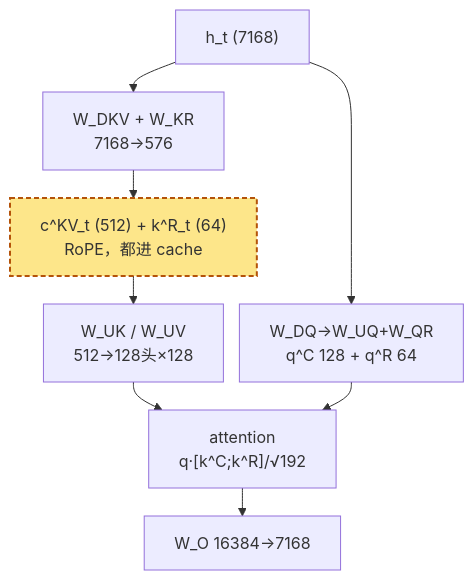
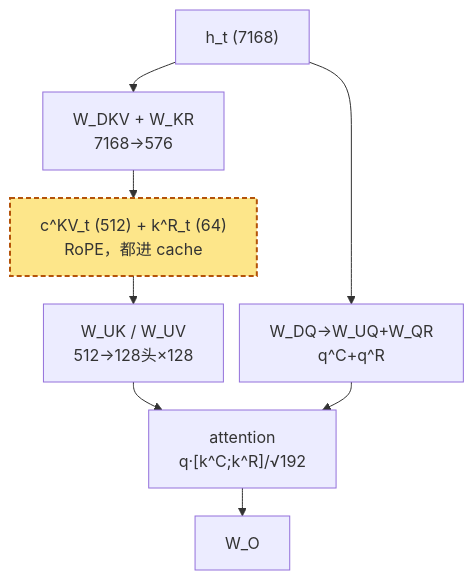
The first of 4 diagrams in slides/2026-04-09-modern-llm-architecture.md (arganzheng/arganzheng.github.com), drawn with Mermaid before and after one commit. The commit also changed other lines of this file, not shown here.

Commit message:
slides/modern-llm-architecture: cut/shorten mermaid diagrams below 14px rendered text (check-render smalltext/overlap)

````diff
--- a/slides/2026-04-09-modern-llm-architecture.md
+++ b/slides/2026-04-09-modern-llm-architecture.md
@@ -104,12 +104,12 @@
 ```mermaid
 %%{init: {"flowchart": {"wrappingWidth": 260, "rankSpacing": 28, "nodeSpacing": 16}}}%%
 flowchart TB
     H["h_t (7168)"] --> DKV["W_DKV + W_KR<br/>7168→576"]
     DKV --> CKV["c^KV_t (512) + k^R_t (64)<br/>RoPE，都进 cache"]
     CKV --> UKV["W_UK / W_UV<br/>512→128头×128"]
     UKV --> ATT["attention<br/>q·[k^C;k^R]/√192"]
-    H --> Q["W_DQ→W_UQ+W_QR<br/>q^C 128 + q^R 64"] --> ATT
-    ATT --> WO["W_O 16384→7168"]
+    H --> Q["W_DQ→W_UQ+W_QR<br/>q^C+q^R"] --> ATT
+    ATT --> WO["W_O"]
     classDef cache fill:#fde68a,stroke:#b45309,stroke-width:2px,stroke-dasharray:5 3
     class CKV cache
 ```
````
